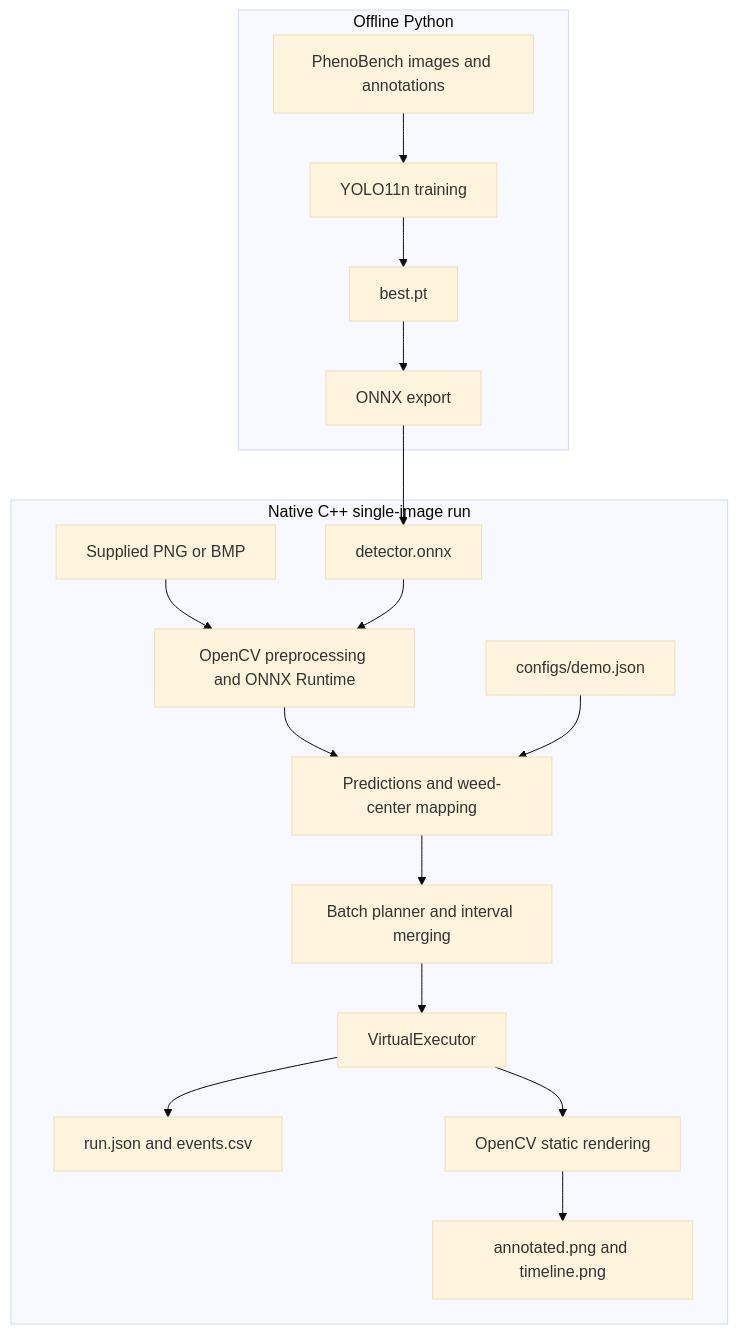
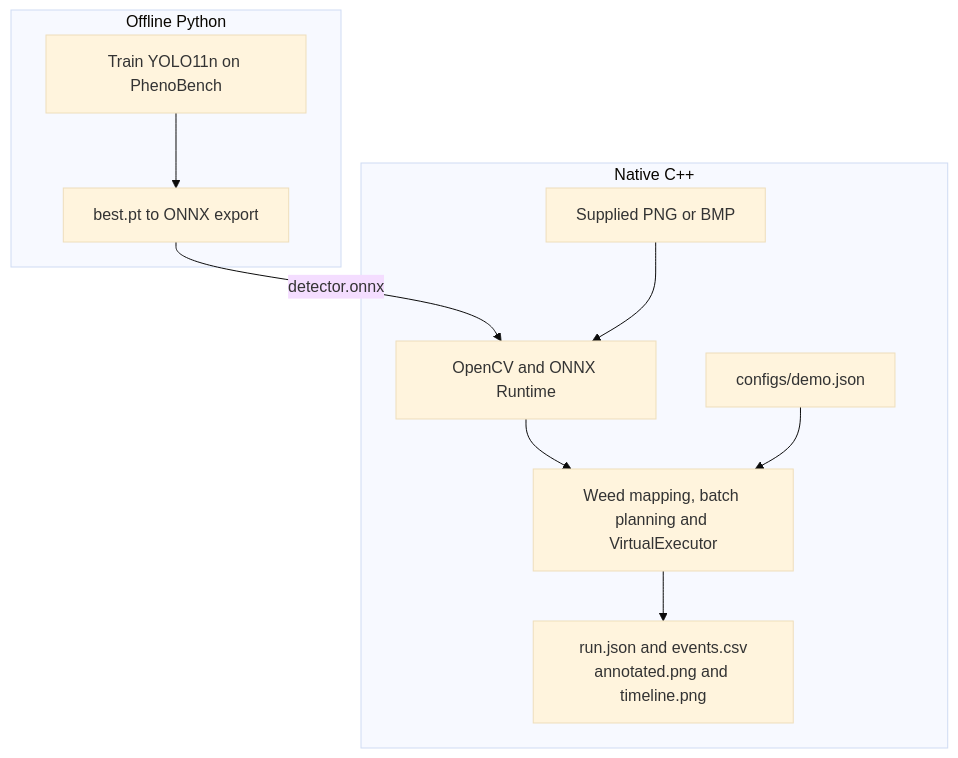
The diagram in README.md (00x808080/smartspray-vision-controller), drawn with Mermaid (base theme) before and after one commit.

Commit message:
docs(readme): simplify the architecture diagram

````diff
--- a/README.md
+++ b/README.md
@@ -17,20 +17,13 @@
 ```mermaid
 flowchart TD
   subgraph Offline[Offline Python]
-    Data[PhenoBench images and annotations] --> Train[YOLO11n training]
-    Train --> Checkpoint[best.pt]
-    Checkpoint --> Export[ONNX export]
+    Train[Train YOLO11n on PhenoBench] --> Export[best.pt to ONNX export]
   end
-  Export --> Model[detector.onnx]
-  subgraph Native[Native C++ single-image run]
-    Image[Supplied PNG or BMP] --> Infer[OpenCV preprocessing and ONNX Runtime]
-    Model --> Infer
-    Infer --> Select[Predictions and weed-center mapping]
-    Config[configs/demo.json] --> Select
-    Select --> Plan[Batch planner and interval merging]
-    Plan --> Execute[VirtualExecutor]
-    Execute --> Output[run.json and events.csv]
-    Execute --> Render[OpenCV static rendering]
-    Render --> Pictures[annotated.png and timeline.png]
+  Export -->|detector.onnx| Vision
+  subgraph Native[Native C++]
+    Image[Supplied PNG or BMP] --> Vision[OpenCV and ONNX Runtime]
+    Vision --> Control[Weed mapping, batch planning and VirtualExecutor]
+    Config[configs/demo.json] --> Control
+    Control --> Outputs["run.json and events.csv<br/>annotated.png and timeline.png"]
   end
 ```
````
